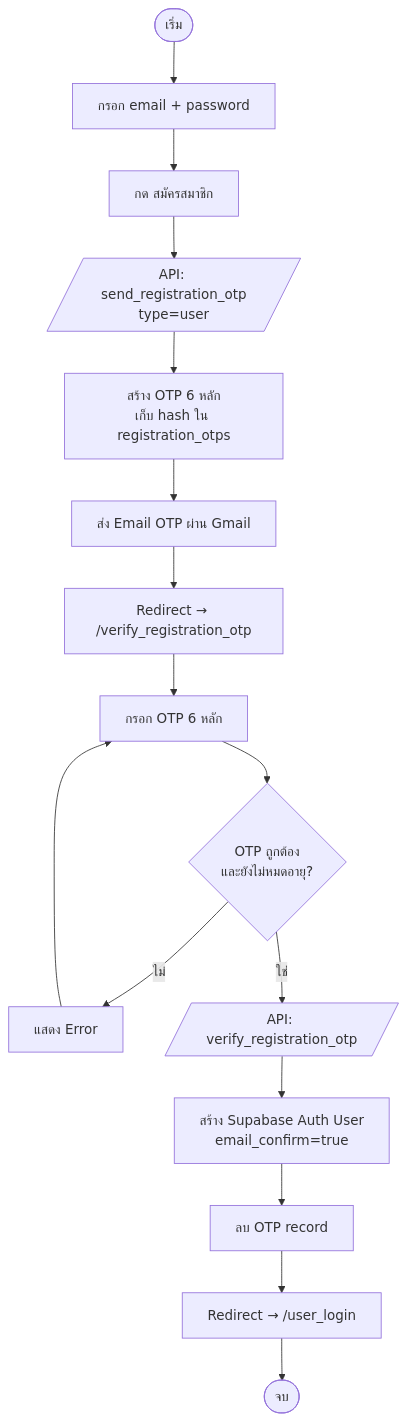
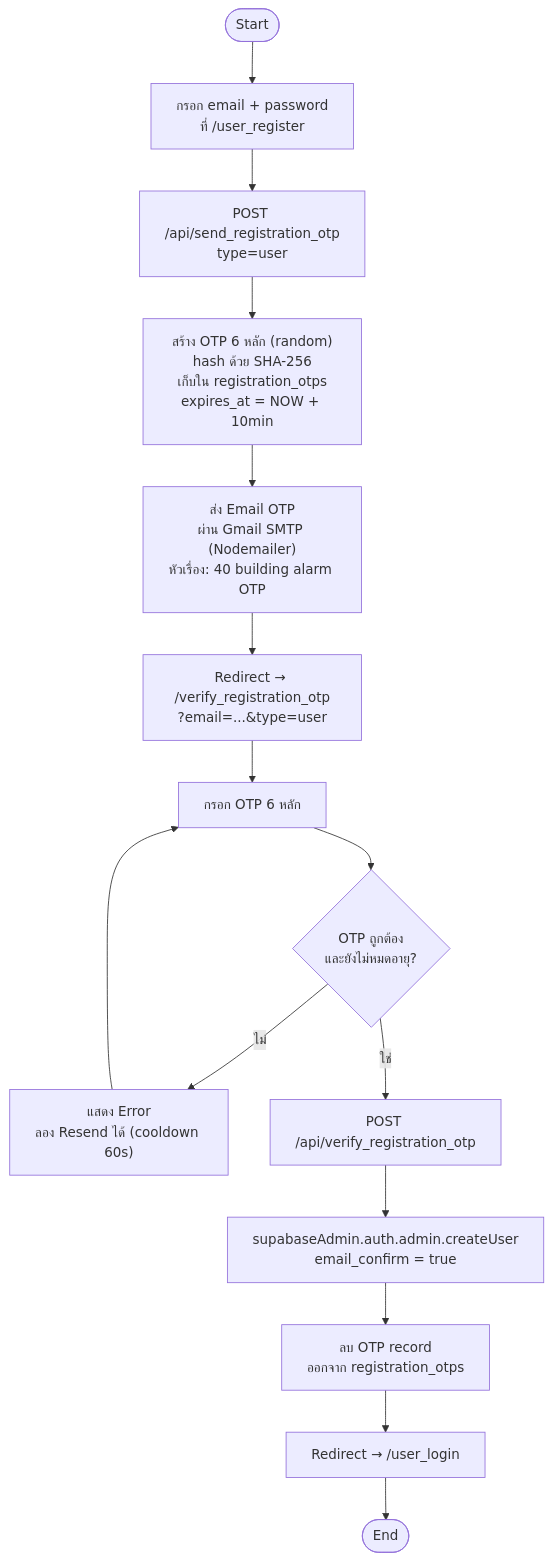
One commit to baitankub-boop/emergency_alert changed the fourth of 12 diagrams in README.md. Above: the diagram before and after it, drawn with Mermaid. The commit also changed other lines of this file, not shown here.

````diff
--- a/README.md
+++ b/README.md
@@ -126,18 +173,17 @@
 ```mermaid
 flowchart TD
-    A([เริ่ม]) --> B[กรอก email + password]
-    B --> C[กด สมัครสมาชิก]
-    C --> D[/API: send_registration_otp\ntype=user/]
-    D --> E[สร้าง OTP 6 หลัก\nเก็บ hash ใน registration_otps]
-    E --> F[ส่ง Email OTP ผ่าน Gmail]
-    F --> G[Redirect → /verify_registration_otp]
-    G --> H[กรอก OTP 6 หลัก]
-    H --> I{OTP ถูกต้อง\nและยังไม่หมดอายุ?}
-    I -- ไม่ --> J[แสดง Error]
-    J --> H
-    I -- ใช่ --> K[/API: verify_registration_otp/]
-    K --> L[สร้าง Supabase Auth User\nemail_confirm=true]
-    L --> M[ลบ OTP record]
-    M --> N[Redirect → /user_login]
-    N --> Z([จบ])
+    A([Start]) --> B["กรอก email + password\nที่ /user_register"]
+    B --> C["POST /api/send_registration_otp\ntype=user"]
+    C --> D["สร้าง OTP 6 หลัก (random)\nhash ด้วย SHA-256\nเก็บใน registration_otps\nexpires_at = NOW + 10min"]
+    D --> E["ส่ง Email OTP\nผ่าน Gmail SMTP (Nodemailer)\nหัวเรื่อง: 40 building alarm OTP"]
+    E --> F["Redirect → /verify_registration_otp\n?email=...&type=user"]
+    F --> G["กรอก OTP 6 หลัก"]
+    G --> H{"OTP ถูกต้อง\nและยังไม่หมดอายุ?"}
+    H -- ไม่ --> I["แสดง Error\nลอง Resend ได้ (cooldown 60s)"]
+    I --> G
+    H -- ใช่ --> J["POST /api/verify_registration_otp"]
+    J --> K["supabaseAdmin.auth.admin.createUser\nemail_confirm = true"]
+    K --> L["ลบ OTP record\nออกจาก registration_otps"]
+    L --> M["Redirect → /user_login"]
+    M --> Z([End])
 ```
````
